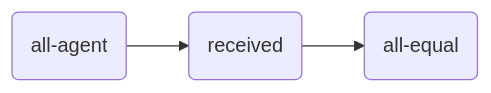
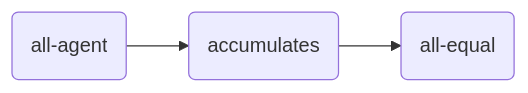
The first of 2 diagrams in docs/README.md (julianmendez/tiles), drawn with Mermaid before and after one commit. The commit also changed other lines of this file and 2 other files, not shown here.

````diff
--- a/docs/README.md
+++ b/docs/README.md
@@ -76,5 +76,5 @@
 ```mermaid
 graph LR
-  all-agent(all-agent) --> received
-  received(received) --> all-equal(all-equal)
+  all-agent(all-agent) --> accumulates
+  accumulates(accumulates) --> all-equal(all-equal)
 ```
````
